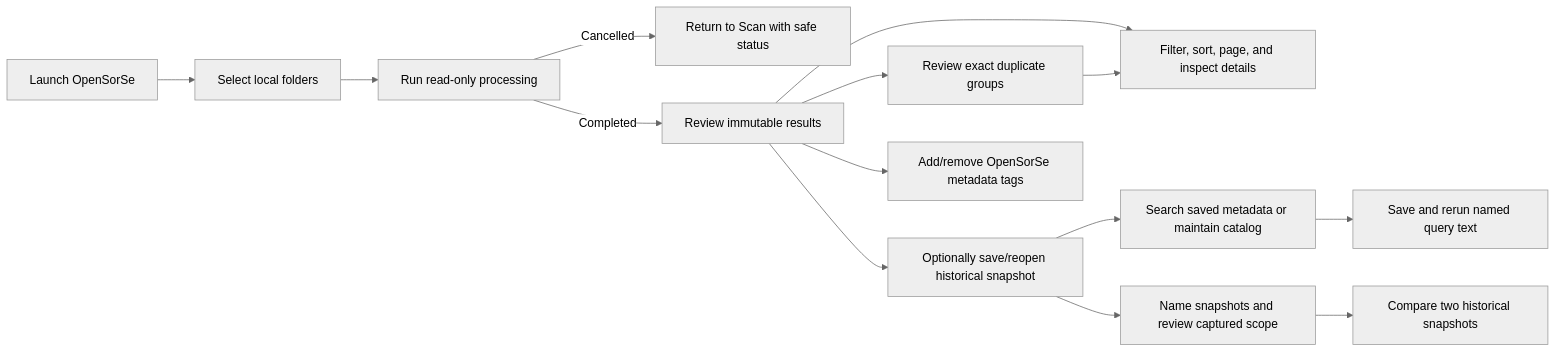
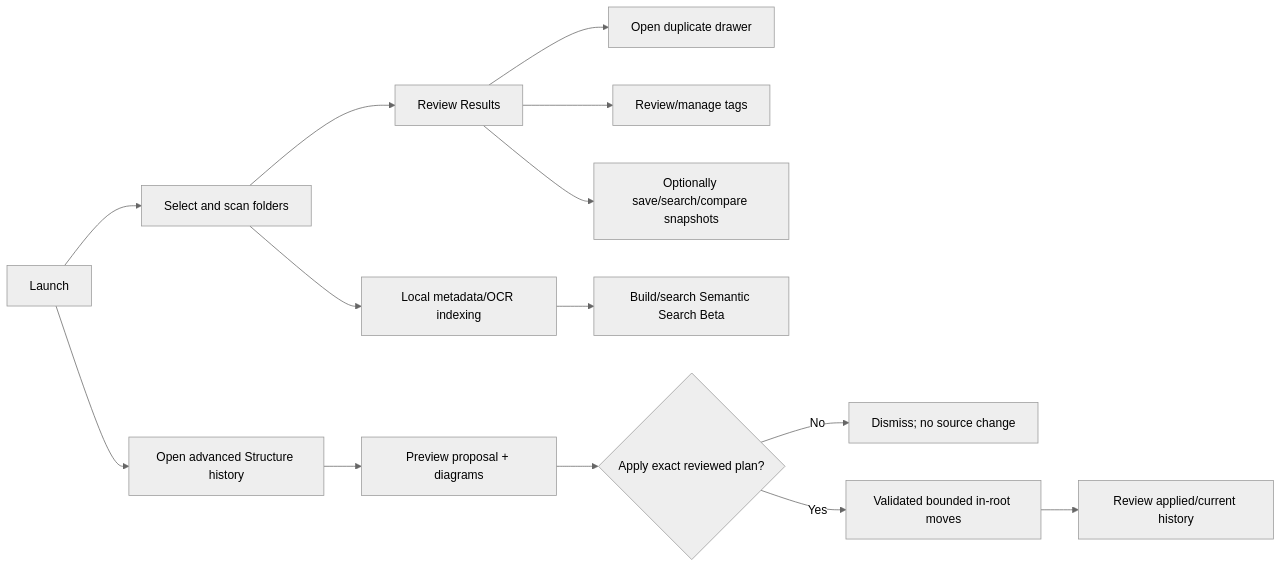
One commit to nishdel/OpenSorSe changed the diagram in docs/Architecture/00_System/06_User_Flow.md. Above: the diagram before and after it, drawn with Mermaid (neutral theme). The commit also changed other lines of this file and 33 other files, not shown here.

Commit message:
docs: finalize OpenSorSe 1.0 release documentation

````diff
--- a/docs/Architecture/00_System/06_User_Flow.md
+++ b/docs/Architecture/00_System/06_User_Flow.md
@@ -9,16 +3,16 @@
 ```mermaid
 flowchart LR
-    A["Launch OpenSorSe"] --> B["Select local folders"]
-    B --> C["Run read-only processing"]
-    C -->|Cancelled| D["Return to Scan with safe status"]
-    C -->|Completed| E["Review immutable results"]
-    E --> F["Filter, sort, page, and inspect details"]
-    E --> G["Review exact duplicate groups"]
-    E --> H["Optionally save/reopen historical snapshot"]
-    H --> I["Search saved metadata or maintain catalog"]
-    E --> J["Add/remove OpenSorSe metadata tags"]
-    I --> K["Save and rerun named query text"]
-    H --> L["Name snapshots and review captured scope"]
-    L --> M["Compare two historical snapshots"]
-    G --> F
+    Launch --> Scan["Select and scan folders"]
+    Scan --> Results["Review Results"]
+    Results --> Duplicate["Open duplicate drawer"]
+    Results --> Tags["Review/manage tags"]
+    Results --> Catalog["Optionally save/search/compare snapshots"]
+    Scan --> Content["Local metadata/OCR indexing"]
+    Content --> Semantic["Build/search Semantic Search Beta"]
+    Launch --> Structure["Open advanced Structure history"]
+    Structure --> Preview["Preview proposal + diagrams"]
+    Preview --> Decision{"Apply exact reviewed plan?"}
+    Decision -- No --> Dismiss["Dismiss; no source change"]
+    Decision -- Yes --> Apply["Validated bounded in-root moves"]
+    Apply --> History["Review applied/current history"]
 ```
````
